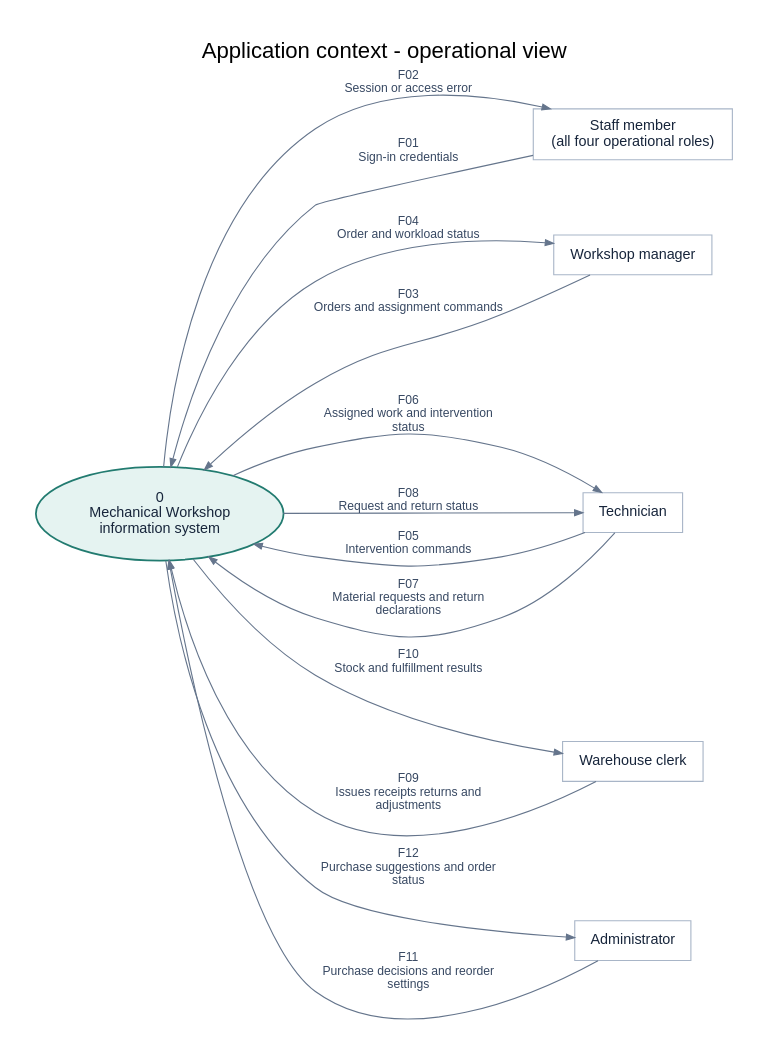
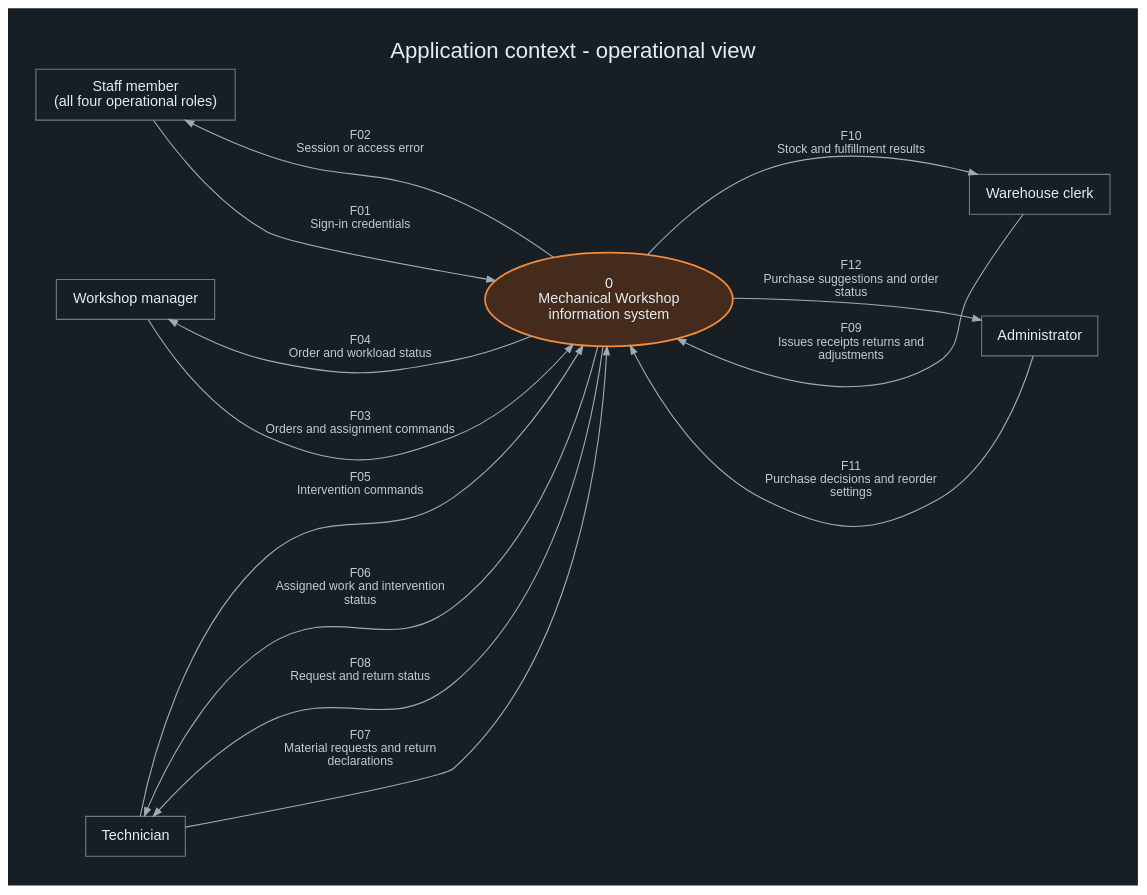
One commit to Kallst/mechanical-workshop changed the diagram in docs/models/diagrams/context-operations.dot. Above: the diagram before and after it, drawn with Graphviz. The commit also changed 80 other files, not shown here.

Commit message:
feat(atlas): organize bilingual diagrams in the current workshop theme

```diff
--- a/docs/models/diagrams/context-operations.dot
+++ b/docs/models/diagrams/context-operations.dot
@@ -1,23 +1,31 @@
 digraph context_operations {
-graph [rankdir=LR, bgcolor="#ffffff", pad="0.35", nodesep="0.55", ranksep="0.8", fontname="Arial", fontsize=20, labelloc=t, label="Application context - operational view", compound=true];
-node [shape=box, style="rounded,filled", fillcolor="#f3f6fa", color="#a8b5c7", fontcolor="#17253b", fontname="Arial", fontsize=13, margin="0.18,0.13"];
-edge [fontname="Arial", fontsize=11, fontcolor="#374862", color="#65758c", arrowsize=0.75];
-app [shape=ellipse, fillcolor="#e5f3f1", color="#227b70", penwidth=1.6, label="0\nMechanical Workshop\ninformation system"];
-"staff" -> "app" [label="F01\nSign-in credentials"];
-"app" -> "staff" [label="F02\nSession or access error"];
-"manager" -> "app" [label="F03\nOrders and assignment commands"];
-"app" -> "manager" [label="F04\nOrder and workload status"];
-"technician" -> "app" [label="F05\nIntervention commands"];
-"app" -> "technician" [label="F06\nAssigned work and intervention\nstatus"];
-"technician" -> "app" [label="F07\nMaterial requests and return\ndeclarations"];
-"app" -> "technician" [label="F08\nRequest and return status"];
-"clerk" -> "app" [label="F09\nIssues receipts returns and\nadjustments"];
-"app" -> "clerk" [label="F10\nStock and fulfillment results"];
-"admin" -> "app" [label="F11\nPurchase decisions and reorder\nsettings"];
-"app" -> "admin" [label="F12\nPurchase suggestions and order\nstatus"];
-admin [shape=box, style="filled", fillcolor="#ffffff", label="Administrator"];
-clerk [shape=box, style="filled", fillcolor="#ffffff", label="Warehouse clerk"];
-manager [shape=box, style="filled", fillcolor="#ffffff", label="Workshop manager"];
-staff [shape=box, style="filled", fillcolor="#ffffff", label="Staff member\n(all four operational roles)"];
-technician [shape=box, style="filled", fillcolor="#ffffff", label="Technician"];
+graph [rankdir=LR, bgcolor="#171e24", pad="0.35", nodesep="0.55", ranksep="0.8", fontname="Arial", fontsize=20, fontcolor="#e5edf3", labelloc=t, label="Application context - operational view", compound=true];
+node [shape=box, style="rounded,filled", fillcolor="#232e37", color="#697b8b", fontcolor="#e5edf3", fontname="Arial", fontsize=13, margin="0.18,0.13"];
+edge [fontname="Arial", fontsize=11, fontcolor="#c0ccd6", color="#9eacb7", arrowsize=0.75];
+app [shape=ellipse, fillcolor="#442b1c", color="#f28a3a", penwidth=1.6, label="0\nMechanical Workshop\ninformation system"];
+"staff" -> "app" [label="F01\nSign-in credentials", constraint=false];
+"app" -> "staff" [label="F02\nSession or access error", constraint=false];
+"manager" -> "app" [label="F03\nOrders and assignment commands", constraint=false];
+"app" -> "manager" [label="F04\nOrder and workload status", constraint=false];
+"technician" -> "app" [label="F05\nIntervention commands", constraint=false];
+"app" -> "technician" [label="F06\nAssigned work and intervention\nstatus", constraint=false];
+"technician" -> "app" [label="F07\nMaterial requests and return\ndeclarations", constraint=false];
+"app" -> "technician" [label="F08\nRequest and return status", constraint=false];
+"clerk" -> "app" [label="F09\nIssues receipts returns and\nadjustments", constraint=false];
+"app" -> "clerk" [label="F10\nStock and fulfillment results", constraint=false];
+"admin" -> "app" [label="F11\nPurchase decisions and reorder\nsettings", constraint=false];
+"app" -> "admin" [label="F12\nPurchase suggestions and order\nstatus", constraint=false];
+admin [shape=box, style="filled", fillcolor="#171e24", label="Administrator"];
+clerk [shape=box, style="filled", fillcolor="#171e24", label="Warehouse clerk"];
+manager [shape=box, style="filled", fillcolor="#171e24", label="Workshop manager"];
+staff [shape=box, style="filled", fillcolor="#171e24", label="Staff member\n(all four operational roles)"];
+technician [shape=box, style="filled", fillcolor="#171e24", label="Technician"];
+{rank=same; staff; manager; technician;}
+{rank=same; clerk; admin;}
+staff -> app [style=invis, weight=100];
+manager -> app [style=invis, weight=100];
+technician -> app [style=invis, weight=100];
+app -> clerk [style=invis, weight=100];
+app -> admin [style=invis, weight=100];
+
 }
```
